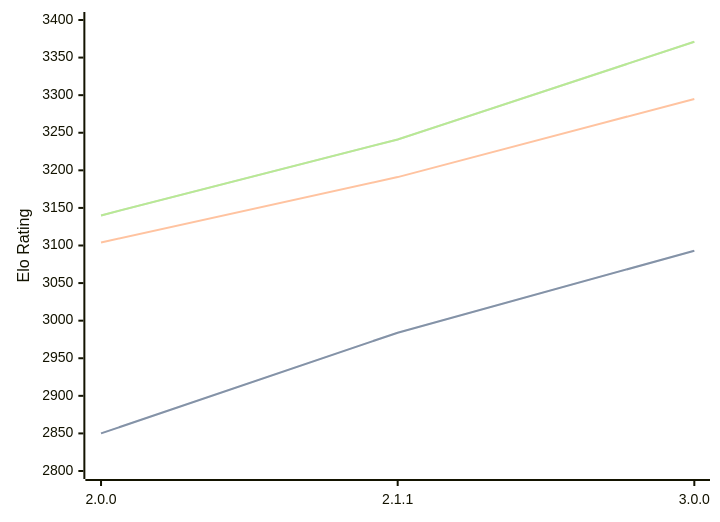
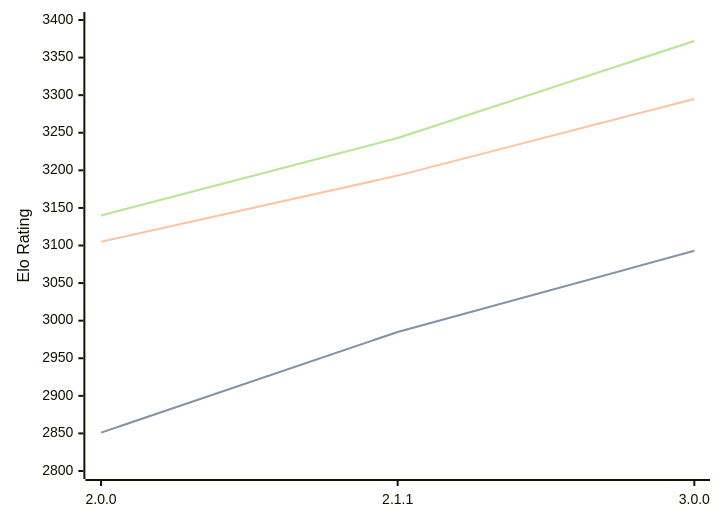
Before and after one commit to computer-chess-index/cci: the third of 3 diagrams in engines/Bread.md, drawn with Mermaid. The commit also changed other lines of this file, not shown here.

Commit message:
Update CCI Ratings (ELO VLTC) - 2026-06-30

````diff
--- a/engines/Bread.md
+++ b/engines/Bread.md
@@ -86,11 +86,11 @@
 ```mermaid
 %%{init: {"theme":"base","themeVariables":{"seriesColors:['#a3a3a3','#222221','#faa371']}}}%%
 xychart-beta
   x-axis ["2.0.0", "2.1.1", "3.0.0"]
   y-axis "Elo Rating" 2800 --> 3400
-  line "STC (8.0+0.08s)" [2850, 2984, 3093]
-  line "STC (8.0+0.08s)" [2850, 2984, 3093]
-  line "LTC (60.0+0.60s)" [3104, 3191, 3295]
-  line "VLTC (2m24s+1.12s)" [3140, 3241, 3371]
-  line "VLTC (2m24s+1.12s)" [3140, 3241, 3371]
+  line "STC (8.0+0.08s)" [2851, 2985, 3093]
+  line "STC (8.0+0.08s)" [2851, 2985, 3093]
+  line "LTC (60.0+0.60s)" [3105, 3193, 3295]
+  line "VLTC (2m24s+1.12s)" [3140, 3243, 3372]
+  line "VLTC (2m24s+1.12s)" [3140, 3243, 3372]
 ```
````
